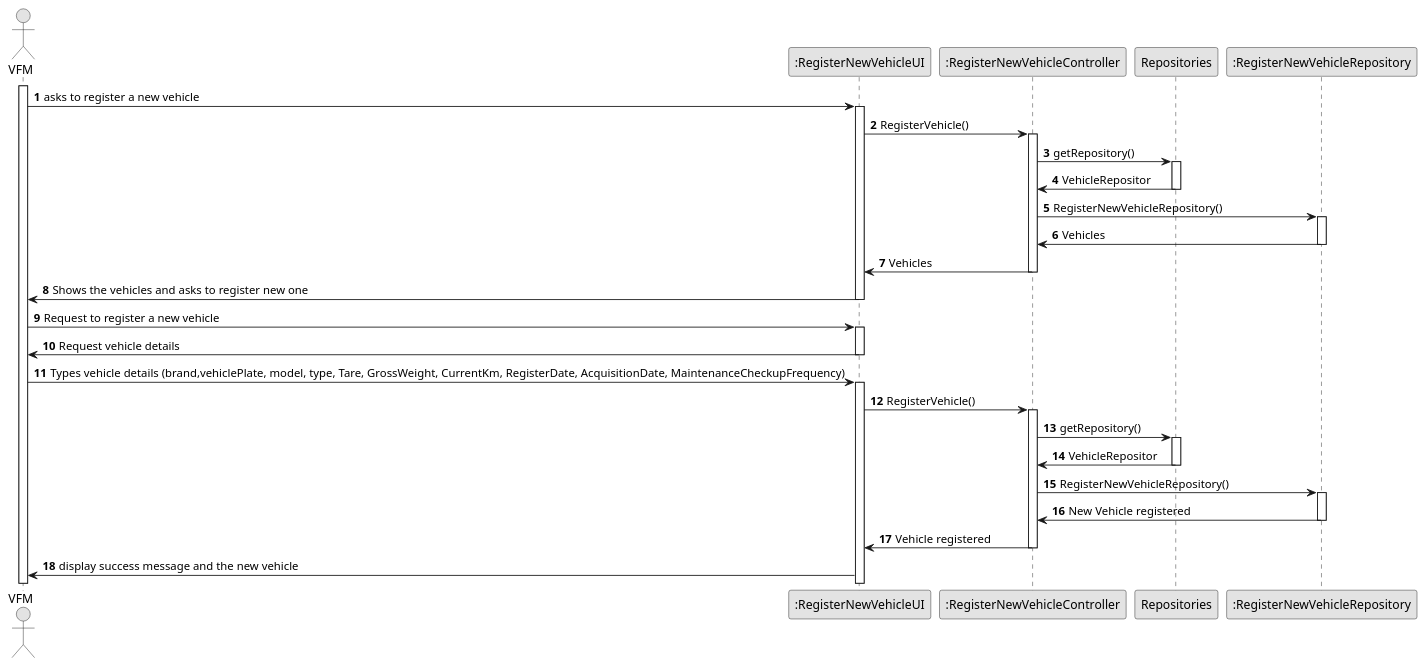
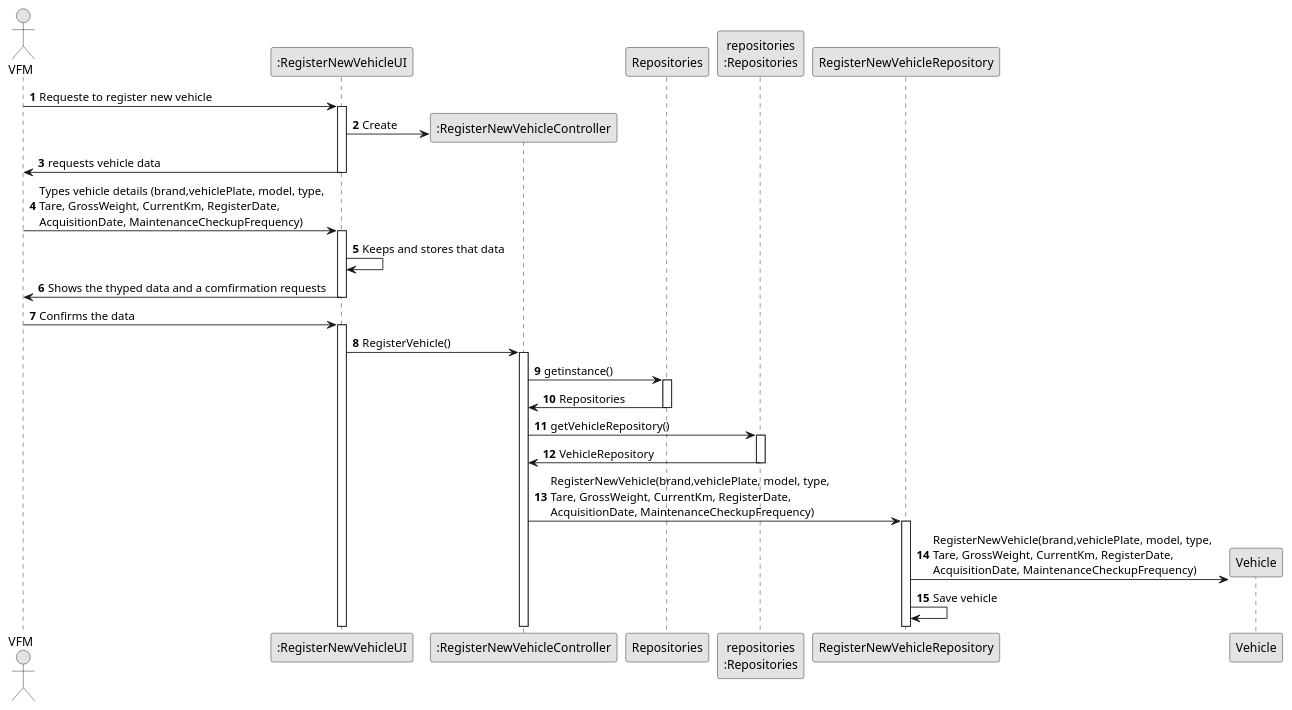
One commit to Departamento-de-Engenharia-Informatica/lei-24-s2-1dm-g132 changed the diagram in docs/sprintB/us006/03.design/puml/us006-sequence-diagram-ui-controller-overview.puml. Above: the diagram before and after it, drawn with PlantUML.

Commit message:
Changes in the us006 sequence diagram

```diff
--- a/docs/sprintB/us006/03.design/puml/us006-sequence-diagram-ui-controller-overview.puml
+++ b/docs/sprintB/us006/03.design/puml/us006-sequence-diagram-ui-controller-overview.puml
@@ -1,54 +1,45 @@
 @startuml
 skinparam monochrome true
 skinparam packageStyle rectangle
 skinparam shadowing false
 
 autonumber
 
 'hide footbox
 actor "VFM" as USER
 
 participant ":RegisterNewVehicleUI" as RegisterNewVehicleUI
 participant ":RegisterNewVehicleController" as RegisterNewVehicleController
 participant "Repositories" as Repositories
-participant ":RegisterNewVehicleRepository" as RegisterNewVehicleRepository
+participant "repositories\n:Repositories" as repRep
+participant "RegisterNewVehicleRepository" as RegisterNewVehicleRepository
+participant "Vehicle" as Vehicle
 
-activate USER
-USER-> RegisterNewVehicleUI : asks to register a new vehicle
+USER -> RegisterNewVehicleUI : Requeste to register new vehicle
+activate RegisterNewVehicleUI
+RegisterNewVehicleUI -> RegisterNewVehicleController** : Create
+RegisterNewVehicleUI -> USER : requests vehicle data
+deactivate RegisterNewVehicleUI
+USER -> RegisterNewVehicleUI : Types vehicle details (brand,vehiclePlate, model, type, \nTare, GrossWeight, CurrentKm, RegisterDate, \nAcquisitionDate, MaintenanceCheckupFrequency)
+activate RegisterNewVehicleUI
+RegisterNewVehicleUI -> RegisterNewVehicleUI : Keeps and stores that data
+RegisterNewVehicleUI -> USER : Shows the thyped data and a comfirmation requests
+deactivate RegisterNewVehicleUI
+USER -> RegisterNewVehicleUI : Confirms the data
 activate RegisterNewVehicleUI
 RegisterNewVehicleUI -> RegisterNewVehicleController : RegisterVehicle()
 activate RegisterNewVehicleController
-RegisterNewVehicleController -> Repositories : getRepository()
+RegisterNewVehicleController -> Repositories : getinstance()
 activate Repositories
-Repositories -> RegisterNewVehicleController : VehicleRepositor
+Repositories -> RegisterNewVehicleController : Repositories
 deactivate Repositories
-RegisterNewVehicleController -> RegisterNewVehicleRepository : RegisterNewVehicleRepository()
+RegisterNewVehicleController -> repRep : getVehicleRepository()
+activate repRep
+repRep -> RegisterNewVehicleController : VehicleRepository
+deactivate repRep
+RegisterNewVehicleController -> RegisterNewVehicleRepository : RegisterNewVehicle(brand,vehiclePlate, model, type, \nTare, GrossWeight, CurrentKm, RegisterDate, \nAcquisitionDate, MaintenanceCheckupFrequency)
 activate RegisterNewVehicleRepository
-RegisterNewVehicleRepository -> RegisterNewVehicleController : Vehicles
-deactivate RegisterNewVehicleRepository
-RegisterNewVehicleController -> RegisterNewVehicleUI : Vehicles
-deactivate RegisterNewVehicleController
-RegisterNewVehicleUI -> USER : Shows the vehicles and asks to register new one
-deactivate RegisterNewVehicleUI
-USER -> RegisterNewVehicleUI : Request to register a new vehicle
-activate RegisterNewVehicleUI
-RegisterNewVehicleUI -> USER : Request vehicle details
-deactivate RegisterNewVehicleUI
-USER -> RegisterNewVehicleUI : Types vehicle details (brand,vehiclePlate, model, type, Tare, GrossWeight, CurrentKm, RegisterDate, AcquisitionDate, MaintenanceCheckupFrequency)
-activate RegisterNewVehicleUI
-RegisterNewVehicleUI -> RegisterNewVehicleController : RegisterVehicle()
-activate RegisterNewVehicleController
-RegisterNewVehicleController -> Repositories : getRepository()
-activate Repositories
-Repositories -> RegisterNewVehicleController : VehicleRepositor
-deactivate Repositories
-RegisterNewVehicleController -> RegisterNewVehicleRepository : RegisterNewVehicleRepository()
-activate RegisterNewVehicleRepository
-RegisterNewVehicleRepository -> RegisterNewVehicleController : New Vehicle registered
-deactivate RegisterNewVehicleRepository
-RegisterNewVehicleController -> RegisterNewVehicleUI : Vehicle registered
-deactivate RegisterNewVehicleController
-RegisterNewVehicleUI -> USER : display success message and the new vehicle
-
+RegisterNewVehicleRepository -> Vehicle** : RegisterNewVehicle(brand,vehiclePlate, model, type, \nTare, GrossWeight, CurrentKm, RegisterDate, \nAcquisitionDate, MaintenanceCheckupFrequency)
+RegisterNewVehicleRepository -> RegisterNewVehicleRepository : Save vehicle
 
 @enduml
```
